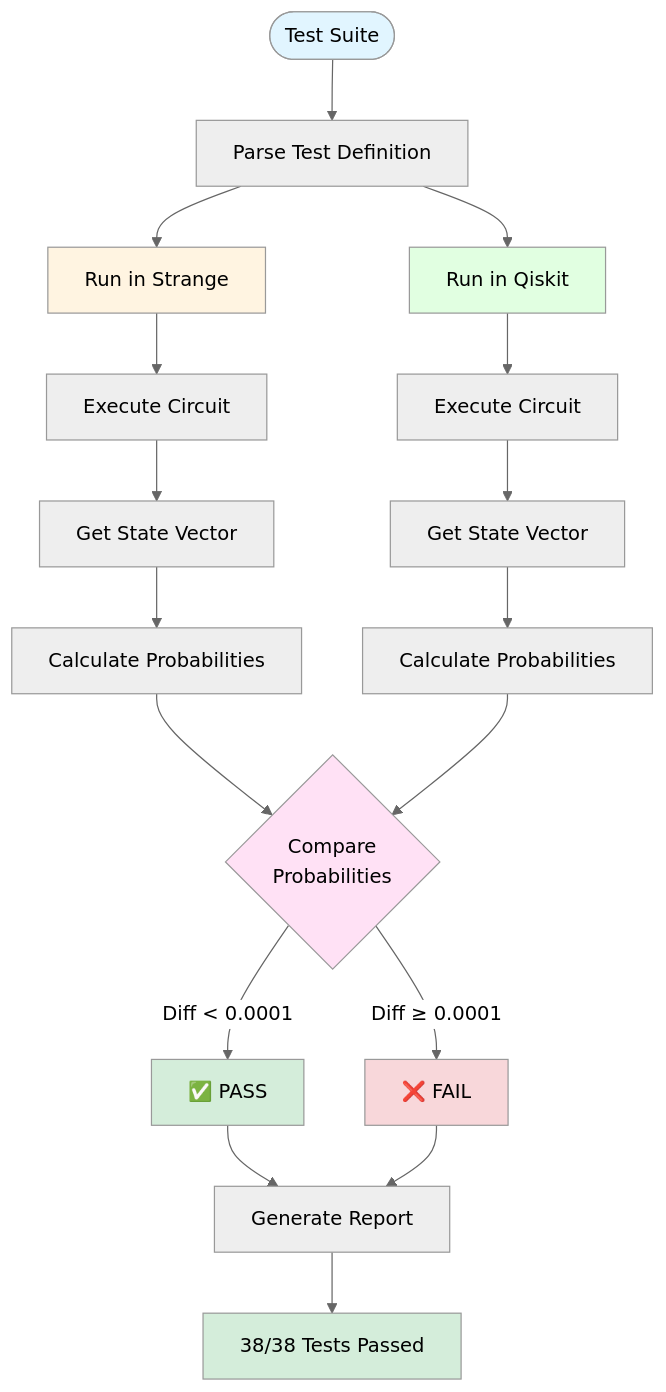
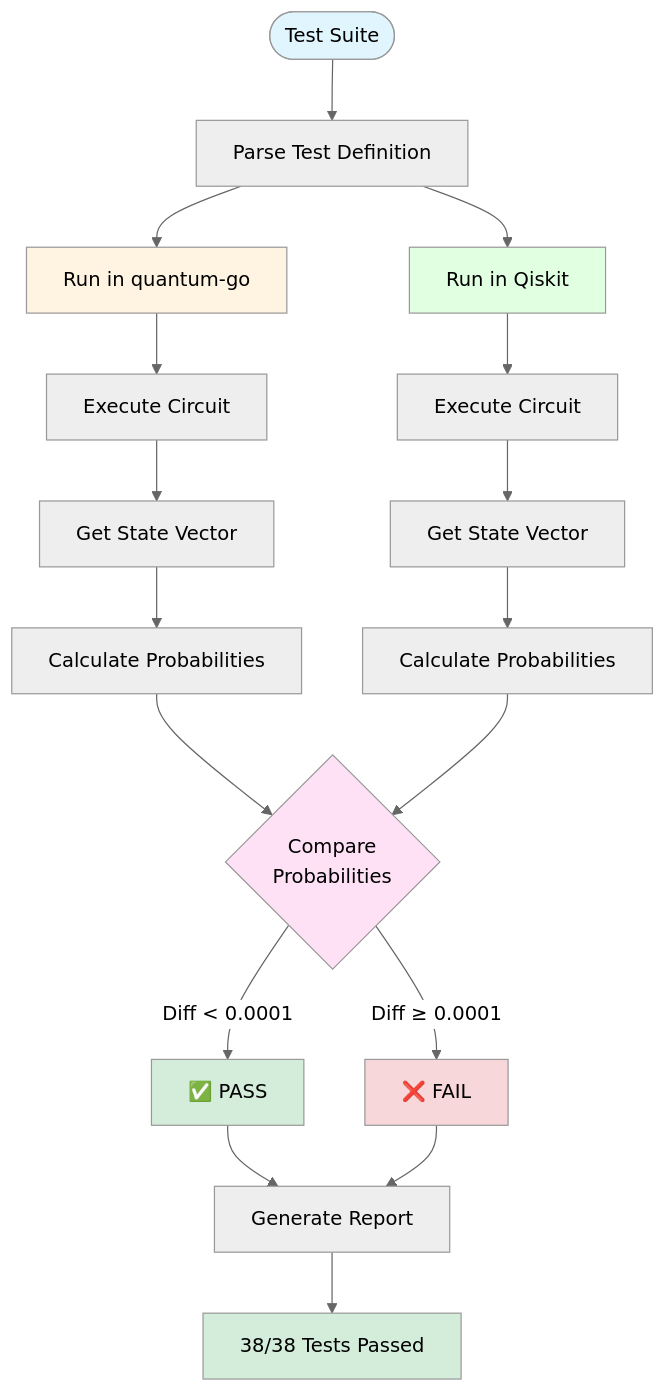
One commit to stephen-mcelhose/quantum-go changed the diagram in verification/VERIFICATION_SUMMARY.md. Above: the diagram before and after it, drawn with Mermaid (neutral theme). The commit also changed other lines of this file and 52 other files, not shown here.

First line of the commit message:
chore: rename strange -> quantum-go across entire repo (closes #8)

````diff
--- a/verification/VERIFICATION_SUMMARY.md
+++ b/verification/VERIFICATION_SUMMARY.md
@@ -14,33 +14,33 @@
 ```mermaid
 flowchart TB
     Start([Test Suite]) --> Parse[Parse Test Definition]
-    Parse --> Strange[Run in Strange]
+    Parse --> QuantumGo[Run in quantum-go]
     Parse --> Qiskit[Run in Qiskit]
     
-    Strange --> StrangeExec[Execute Circuit]
-    StrangeExec --> StrangeState[Get State Vector]
-    StrangeState --> StrangeProb[Calculate Probabilities]
+    QuantumGo --> QuantumGoExec[Execute Circuit]
+    QuantumGoExec --> QuantumGoState[Get State Vector]
+    QuantumGoState --> QuantumGoProb[Calculate Probabilities]
     
     Qiskit --> QiskitExec[Execute Circuit]
     QiskitExec --> QiskitState[Get State Vector]
     QiskitState --> QiskitProb[Calculate Probabilities]
     
-    StrangeProb --> Compare{Compare<br/>Probabilities}
+    QuantumGoProb --> Compare{Compare<br/>Probabilities}
     QiskitProb --> Compare
     
     Compare -->|Diff < 0.0001| Pass[✅ PASS]
     Compare -->|Diff ≥ 0.0001| Fail[❌ FAIL]
     
     Pass --> Report[Generate Report]
     Fail --> Report
     
     Report --> Summary[38/38 Tests Passed]
     
     style Start fill:#e1f5ff
-    style Strange fill:#fff4e1
+    style QuantumGo fill:#fff4e1
     style Qiskit fill:#e1ffe1
     style Compare fill:#ffe1f5
     style Pass fill:#d4edda
     style Fail fill:#f8d7da
     style Summary fill:#d4edda
 ```
````
